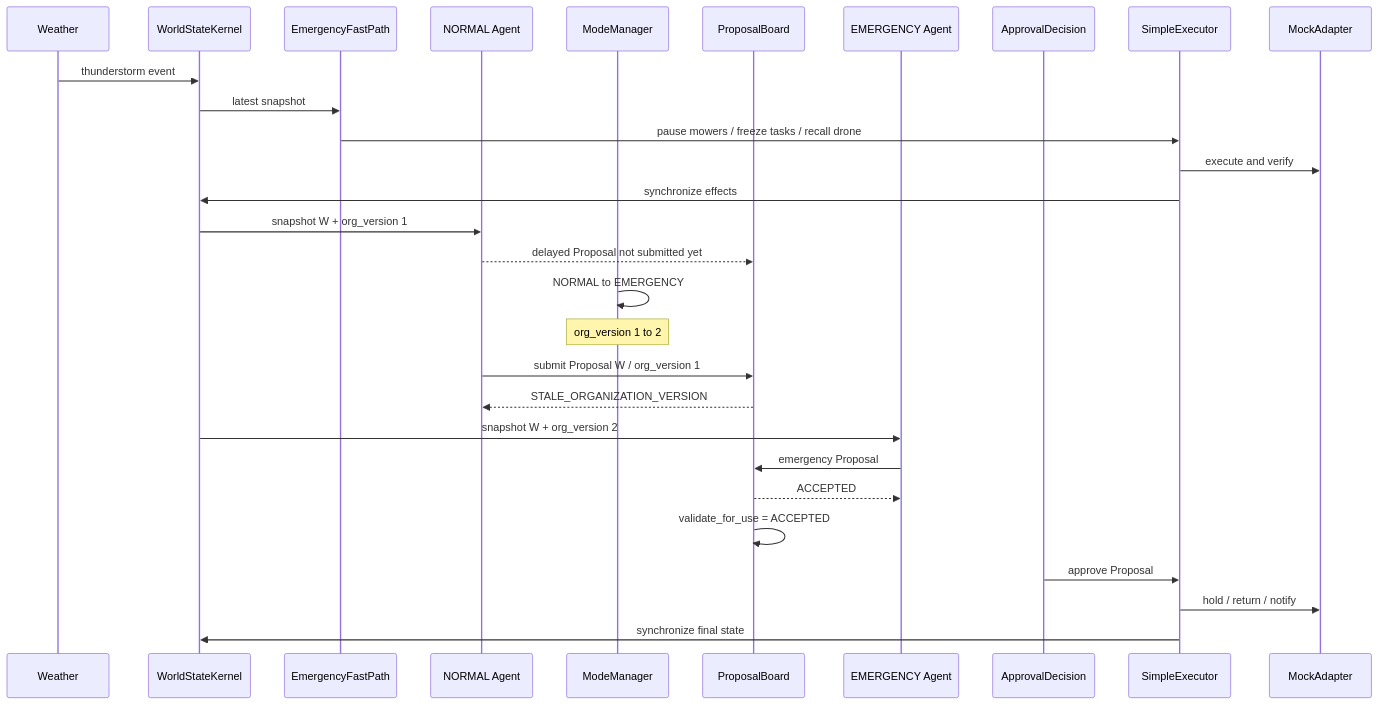
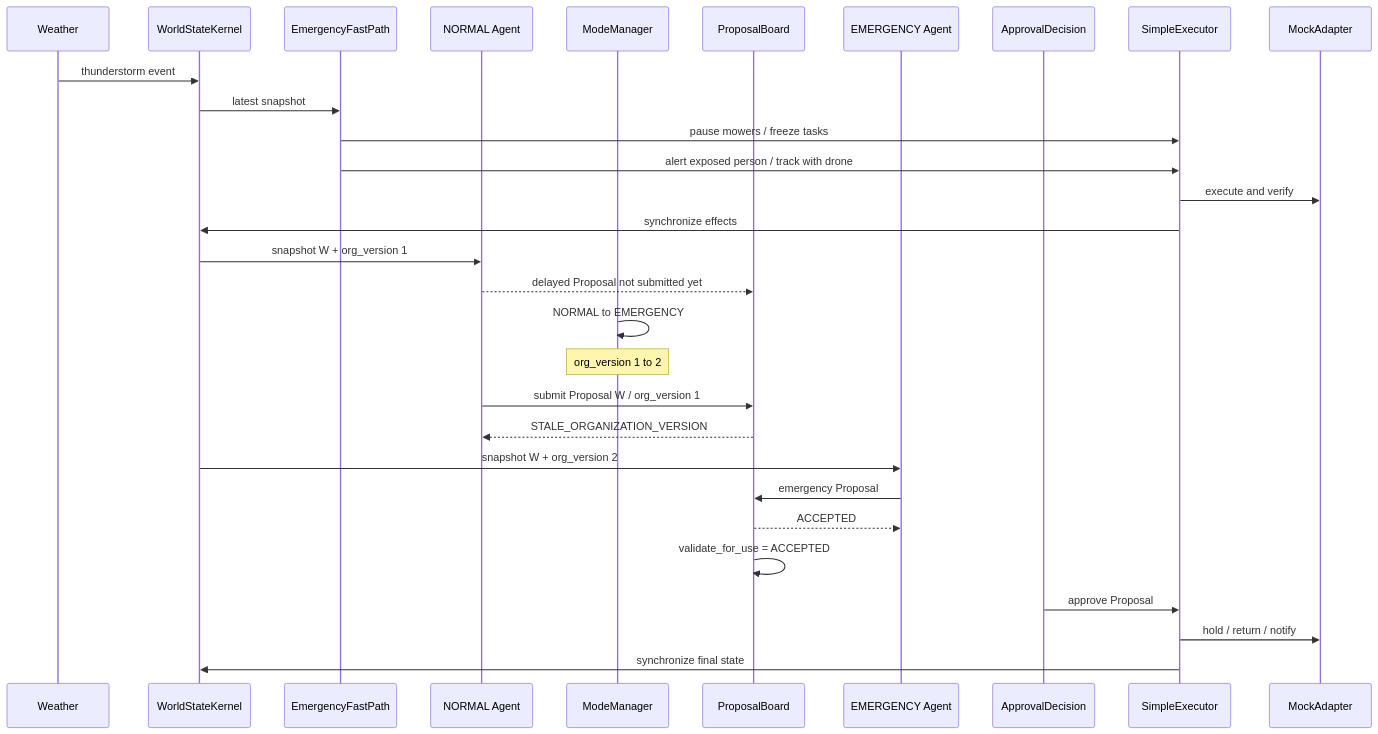
One commit to Agneshao/dynamic-agent-of-physical-AI- changed the sixth of 6 diagrams in ARCHITECTURE.md. Above: the diagram before and after it, drawn with Mermaid. The commit also changed other lines of this file and 28 other files, not shown here.

````diff
--- a/ARCHITECTURE.md
+++ b/ARCHITECTURE.md
@@ -407,32 +435,33 @@
 ```mermaid
 sequenceDiagram
     participant Weather
     participant World as WorldStateKernel
     participant Fast as EmergencyFastPath
     participant Normal as NORMAL Agent
     participant Mode as ModeManager
     participant Board as ProposalBoard
     participant Emergency as EMERGENCY Agent
     participant Human as ApprovalDecision
     participant Exec as SimpleExecutor
     participant Device as MockAdapter
 
     Weather->>World: thunderstorm event
     World->>Fast: latest snapshot
-    Fast->>Exec: pause mowers / freeze tasks / recall drone
+    Fast->>Exec: pause mowers / freeze tasks
+    Fast->>Exec: alert exposed person / track with drone
     Exec->>Device: execute and verify
     Exec->>World: synchronize effects
     World->>Normal: snapshot W + org_version 1
     Normal-->>Board: delayed Proposal not submitted yet
     Mode->>Mode: NORMAL to EMERGENCY
     Note over Mode: org_version 1 to 2
     Normal->>Board: submit Proposal W / org_version 1
     Board-->>Normal: STALE_ORGANIZATION_VERSION
     World->>Emergency: snapshot W + org_version 2
     Emergency->>Board: emergency Proposal
     Board-->>Emergency: ACCEPTED
     Board->>Board: validate_for_use = ACCEPTED
     Human->>Exec: approve Proposal
     Exec->>Device: hold / return / notify
     Exec->>World: synchronize final state
 ```
````
